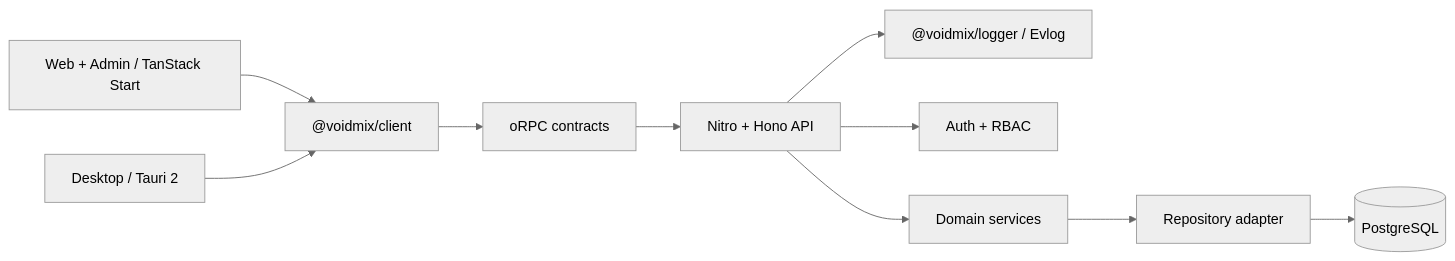
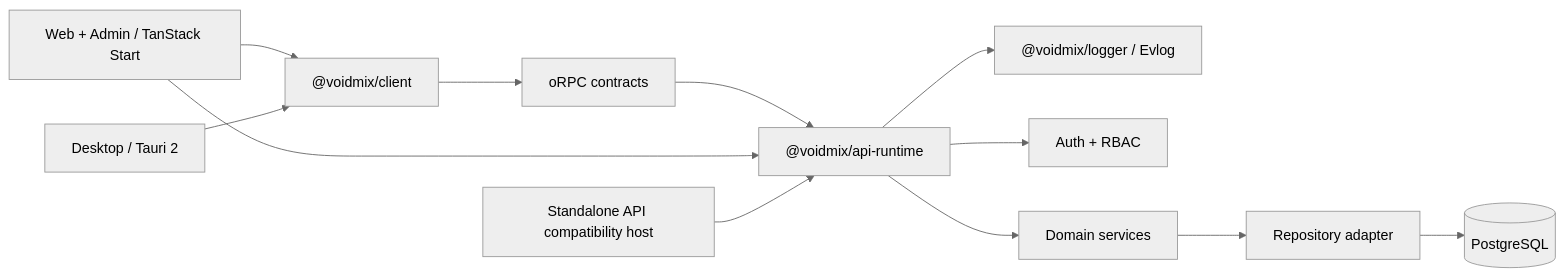
The diagram in docs/architecture/README.md (voidmix/voidmix), drawn with Mermaid (neutral theme) before and after one commit. The commit also changed other lines of this file and 53 other files, not shown here.

Commit message:
feat: embed API runtime in web host

````diff
--- a/docs/architecture/README.md
+++ b/docs/architecture/README.md
@@ -23,12 +23,14 @@
 ```mermaid
 flowchart LR
   web["Web + Admin / TanStack Start"] --> client["@voidmix/client"]
   desktop["Desktop / Tauri 2"] --> client
   client --> rpc["oRPC contracts"]
-  rpc --> api["Nitro + Hono API"]
+  rpc --> api["@voidmix/api-runtime"]
+  web --> api
+  apiHost["Standalone API compatibility host"] --> api
   api --> logger["@voidmix/logger / Evlog"]
   api --> auth["Auth + RBAC"]
   api --> domain["Domain services"]
   domain --> db["Repository adapter"]
   db --> postgres[("PostgreSQL")]
 ```
````
